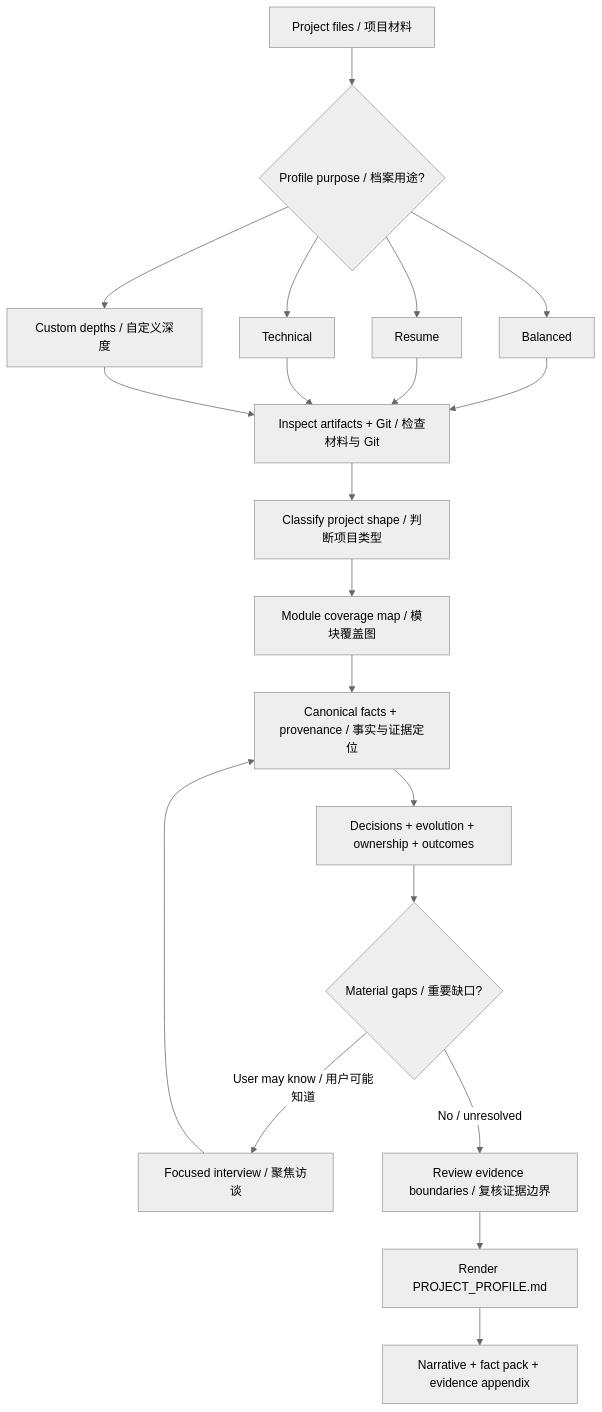
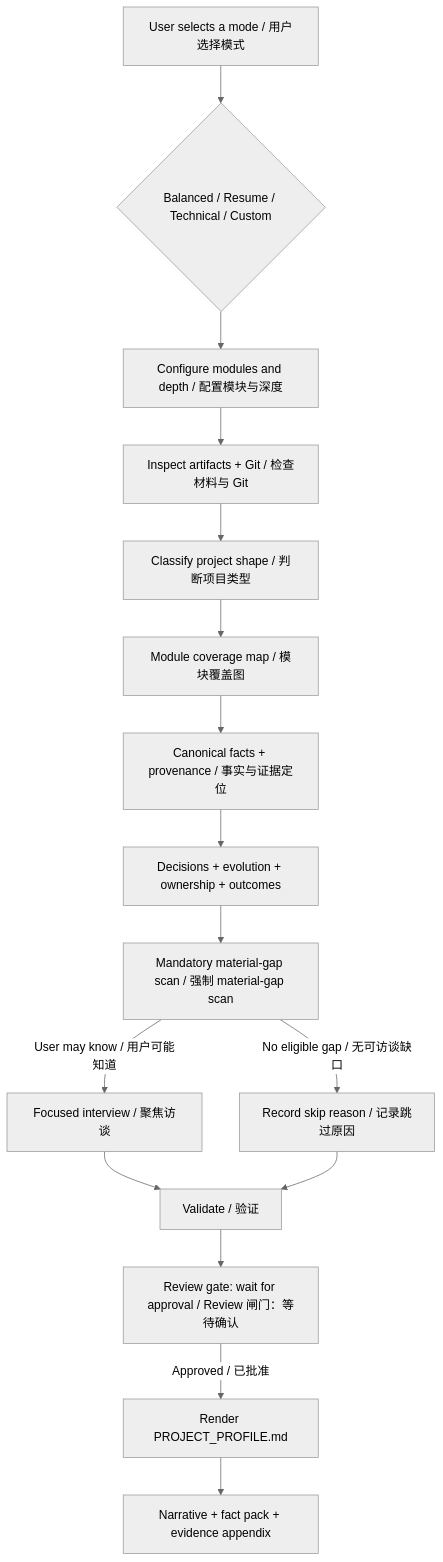
Before and after one commit to lwyp41/project-profile: the diagram in README.md, drawn with Mermaid (neutral theme). The commit also changed other lines of this file and 6 other files, not shown here.

First line of the commit message:
fix: enforce mandatory profile configuration workflow

````diff
--- a/README.md
+++ b/README.md
@@ -241,26 +260,22 @@
 ```mermaid
 flowchart TB
-    Input[Project files / 项目材料] --> Intent{Profile purpose / 档案用途?}
+    Start[User selects a mode / 用户选择模式] --> Intent{Balanced / Resume / Technical / Custom}
 
-    Intent --> Balanced[Balanced]
-    Intent --> Resume[Resume]
-    Intent --> Technical[Technical]
-    Intent --> Custom[Custom depths / 自定义深度]
+    Intent --> Configure[Configure modules and depth / 配置模块与深度]
 
-    Balanced --> Inspect
-    Resume --> Inspect
-    Technical --> Inspect
-    Custom --> Inspect
+    Configure --> Inspect
 
     Inspect[Inspect artifacts + Git / 检查材料与 Git]
       --> Classify[Classify project shape / 判断项目类型]
     Classify --> Coverage[Module coverage map / 模块覆盖图]
     Coverage --> Facts[Canonical facts + provenance / 事实与证据定位]
     Facts --> Reconstruct[Decisions + evolution + ownership + outcomes]
-    Reconstruct --> Gaps{Material gaps / 重要缺口?}
-    Gaps -->|User may know / 用户可能知道| Interview[Focused interview / 聚焦访谈]
-    Interview --> Facts
-    Gaps -->|No / unresolved| Review[Review evidence boundaries / 复核证据边界]
-    Review --> Render[Render PROJECT_PROFILE.md]
+    Reconstruct --> GapScan[Mandatory material-gap scan / 强制 material-gap scan]
+    GapScan -->|User may know / 用户可能知道| Interview[Focused interview / 聚焦访谈]
+    Interview --> Validate[Validate / 验证]
+    GapScan -->|No eligible gap / 无可访谈缺口| Skip[Record skip reason / 记录跳过原因]
+    Skip --> Validate
+    Validate --> Review[Review gate: wait for approval / Review 闸门：等待确认]
+    Review -->|Approved / 已批准| Render[Render PROJECT_PROFILE.md]
     Render --> Output[Narrative + fact pack + evidence appendix]
 ```
````
